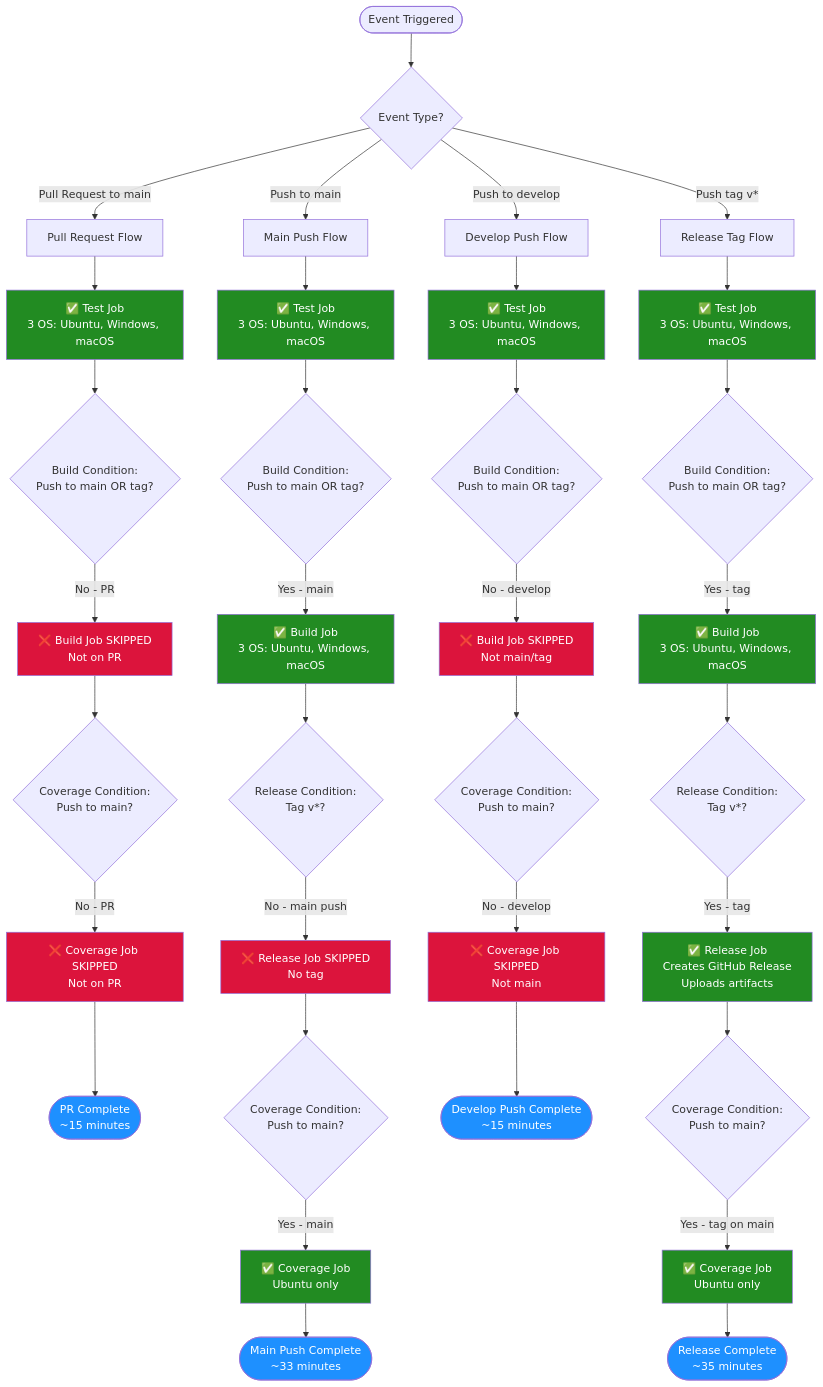
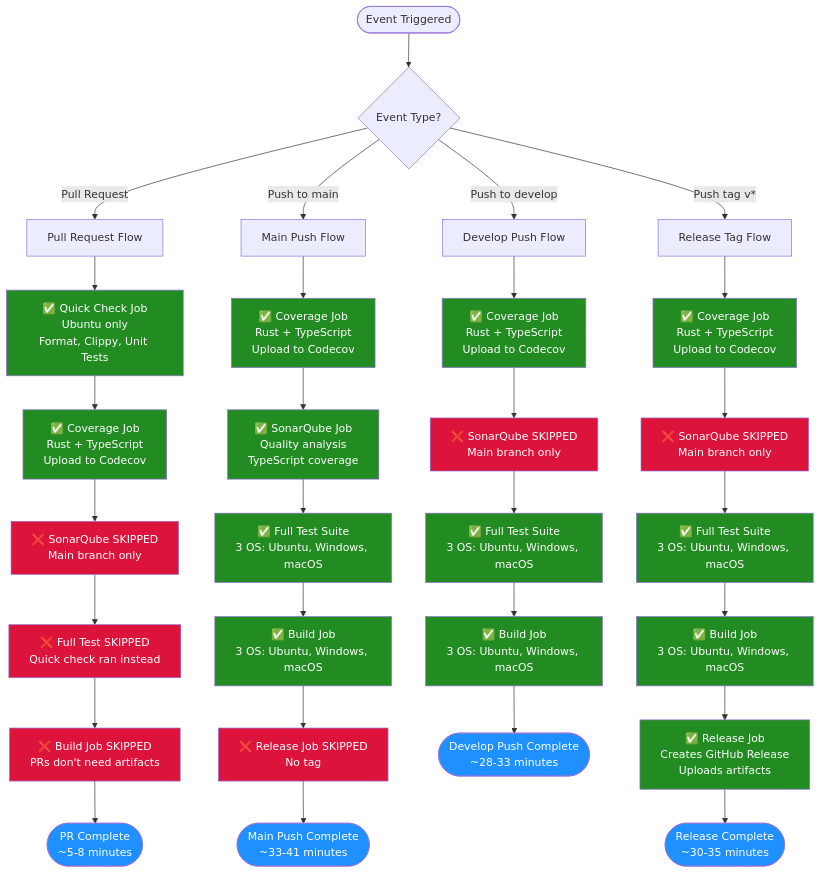
One commit to dev-parkins/FerrisScript changed the diagram in .github/workflows/README.md. Above: the diagram before and after it, drawn with Mermaid. The commit also changed other lines of this file and 143 other files, not shown here.

````diff
--- a/.github/workflows/README.md
+++ b/.github/workflows/README.md
@@ -128,68 +173,69 @@
 ```mermaid
 flowchart TD
     Start([Event Triggered]) --> CheckEvent{Event Type?}
     
-    CheckEvent -->|Pull Request to main| PR[Pull Request Flow]
+    CheckEvent -->|Pull Request| PR[Pull Request Flow]
     CheckEvent -->|Push to main| MainPush[Main Push Flow]
     CheckEvent -->|Push to develop| DevPush[Develop Push Flow]
     CheckEvent -->|Push tag v*| TagPush[Release Tag Flow]
     
-    %% Pull Request Flow
-    PR --> TestPR[✅ Test Job<br/>3 OS: Ubuntu, Windows, macOS]
-    TestPR --> BuildCheck1{Build Condition:<br/>Push to main OR tag?}
-    BuildCheck1 -->|No - PR| BuildSkipPR[❌ Build Job SKIPPED<br/>Not on PR]
-    BuildSkipPR --> CovCheck1{Coverage Condition:<br/>Push to main?}
-    CovCheck1 -->|No - PR| CovSkipPR[❌ Coverage Job SKIPPED<br/>Not on PR]
-    CovSkipPR --> PREnd([PR Complete<br/>~15 minutes])
+    %% Pull Request Flow - NEW: Coverage runs on PRs
+    PR --> QuickCheckPR[✅ Quick Check Job<br/>Ubuntu only<br/>Format, Clippy, Unit Tests]
+    QuickCheckPR --> CovPR[✅ Coverage Job<br/>Rust + TypeScript<br/>Upload to Codecov]
+    CovPR --> SonarPR[❌ SonarQube SKIPPED<br/>Main branch only]
+    SonarPR --> TestSkipPR[❌ Full Test SKIPPED<br/>Quick check ran instead]
+    TestSkipPR --> BuildSkipPR[❌ Build Job SKIPPED<br/>PRs don't need artifacts]
+    BuildSkipPR --> PREnd([PR Complete<br/>~5-8 minutes])
     
-    %% Main Push Flow
-    MainPush --> TestMain[✅ Test Job<br/>3 OS: Ubuntu, Windows, macOS]
-    TestMain --> BuildCheck2{Build Condition:<br/>Push to main OR tag?}
-    BuildCheck2 -->|Yes - main| BuildMain[✅ Build Job<br/>3 OS: Ubuntu, Windows, macOS]
-    BuildMain --> ReleaseCheck1{Release Condition:<br/>Tag v*?}
-    ReleaseCheck1 -->|No - main push| ReleaseSkipMain[❌ Release Job SKIPPED<br/>No tag]
-    ReleaseSkipMain --> CovCheck2{Coverage Condition:<br/>Push to main?}
-    CovCheck2 -->|Yes - main| CovMain[✅ Coverage Job<br/>Ubuntu only]
-    CovMain --> MainEnd([Main Push Complete<br/>~33 minutes])
+    %% Main Push Flow - NEW: SonarQube runs here
+    MainPush --> CovMain[✅ Coverage Job<br/>Rust + TypeScript<br/>Upload to Codecov]
+    CovMain --> SonarMain[✅ SonarQube Job<br/>Quality analysis<br/>TypeScript coverage]
+    SonarMain --> TestMain[✅ Full Test Suite<br/>3 OS: Ubuntu, Windows, macOS]
+    TestMain --> BuildMain[✅ Build Job<br/>3 OS: Ubuntu, Windows, macOS]
+    BuildMain --> ReleaseSkipMain[❌ Release Job SKIPPED<br/>No tag]
+    ReleaseSkipMain --> MainEnd([Main Push Complete<br/>~33-41 minutes])
     
-    %% Develop Push Flow
-    DevPush --> TestDev[✅ Test Job<br/>3 OS: Ubuntu, Windows, macOS]
-    TestDev --> BuildCheck3{Build Condition:<br/>Push to main OR tag?}
-    BuildCheck3 -->|No - develop| BuildSkipDev[❌ Build Job SKIPPED<br/>Not main/tag]
-    BuildSkipDev --> CovCheck3{Coverage Condition:<br/>Push to main?}
-    CovCheck3 -->|No - develop| CovSkipDev[❌ Coverage Job SKIPPED<br/>Not main]
-    CovSkipDev --> DevEnd([Develop Push Complete<br/>~15 minutes])
+    %% Develop Push Flow - Coverage but no SonarQube
+    DevPush --> CovDev[✅ Coverage Job<br/>Rust + TypeScript<br/>Upload to Codecov]
+    CovDev --> SonarSkipDev[❌ SonarQube SKIPPED<br/>Main branch only]
+    SonarSkipDev --> TestDev[✅ Full Test Suite<br/>3 OS: Ubuntu, Windows, macOS]
+    TestDev --> BuildDev[✅ Build Job<br/>3 OS: Ubuntu, Windows, macOS]
+    BuildDev --> DevEnd([Develop Push Complete<br/>~28-33 minutes])
     
-    %% Release Tag Flow
-    TagPush --> TestTag[✅ Test Job<br/>3 OS: Ubuntu, Windows, macOS]
-    TestTag --> BuildCheck4{Build Condition:<br/>Push to main OR tag?}
-    BuildCheck4 -->|Yes - tag| BuildTag[✅ Build Job<br/>3 OS: Ubuntu, Windows, macOS]
-    BuildTag --> ReleaseCheck2{Release Condition:<br/>Tag v*?}
-    ReleaseCheck2 -->|Yes - tag| ReleaseTag[✅ Release Job<br/>Creates GitHub Release<br/>Uploads artifacts]
-    ReleaseTag --> CovCheck4{Coverage Condition:<br/>Push to main?}
-    CovCheck4 -->|Yes - tag on main| CovTag[✅ Coverage Job<br/>Ubuntu only]
-    CovTag --> TagEnd([Release Complete<br/>~35 minutes])
+    %% Release Tag Flow - Coverage but no SonarQube
+    TagPush --> CovTag[✅ Coverage Job<br/>Rust + TypeScript<br/>Upload to Codecov]
+    CovTag --> SonarSkipTag[❌ SonarQube SKIPPED<br/>Main branch only]
+    SonarSkipTag --> TestTag[✅ Full Test Suite<br/>3 OS: Ubuntu, Windows, macOS]
+    TestTag --> BuildTag[✅ Build Job<br/>3 OS: Ubuntu, Windows, macOS]
+    BuildTag --> ReleaseTag[✅ Release Job<br/>Creates GitHub Release<br/>Uploads artifacts]
+    ReleaseTag --> TagEnd([Release Complete<br/>~30-35 minutes])
     
-    style TestPR fill:#228B22,color:#FFFFFF
+    style QuickCheckPR fill:#228B22,color:#FFFFFF
+    style CovPR fill:#228B22,color:#FFFFFF
+    style CovMain fill:#228B22,color:#FFFFFF
+    style CovDev fill:#228B22,color:#FFFFFF
+    style CovTag fill:#228B22,color:#FFFFFF
+    
+    style SonarMain fill:#228B22,color:#FFFFFF
+    style SonarPR fill:#DC143C,color:#FFFFFF
+    style SonarSkipDev fill:#DC143C,color:#FFFFFF
+    style SonarSkipTag fill:#DC143C,color:#FFFFFF
+    
     style TestMain fill:#228B22,color:#FFFFFF
     style TestDev fill:#228B22,color:#FFFFFF
     style TestTag fill:#228B22,color:#FFFFFF
+    style TestSkipPR fill:#DC143C,color:#FFFFFF
     
     style BuildMain fill:#228B22,color:#FFFFFF
+    style BuildDev fill:#228B22,color:#FFFFFF
     style BuildTag fill:#228B22,color:#FFFFFF
     style BuildSkipPR fill:#DC143C,color:#FFFFFF
-    style BuildSkipDev fill:#DC143C,color:#FFFFFF
     
     style ReleaseTag fill:#228B22,color:#FFFFFF
     style ReleaseSkipMain fill:#DC143C,color:#FFFFFF
-    
-    style CovMain fill:#228B22,color:#FFFFFF
-    style CovTag fill:#228B22,color:#FFFFFF
-    style CovSkipPR fill:#DC143C,color:#FFFFFF
-    style CovSkipDev fill:#DC143C,color:#FFFFFF
     
     style PREnd fill:#1E90FF,color:#FFFFFF
     style MainEnd fill:#1E90FF,color:#FFFFFF
     style DevEnd fill:#1E90FF,color:#FFFFFF
     style TagEnd fill:#1E90FF,color:#FFFFFF
 ```
````
